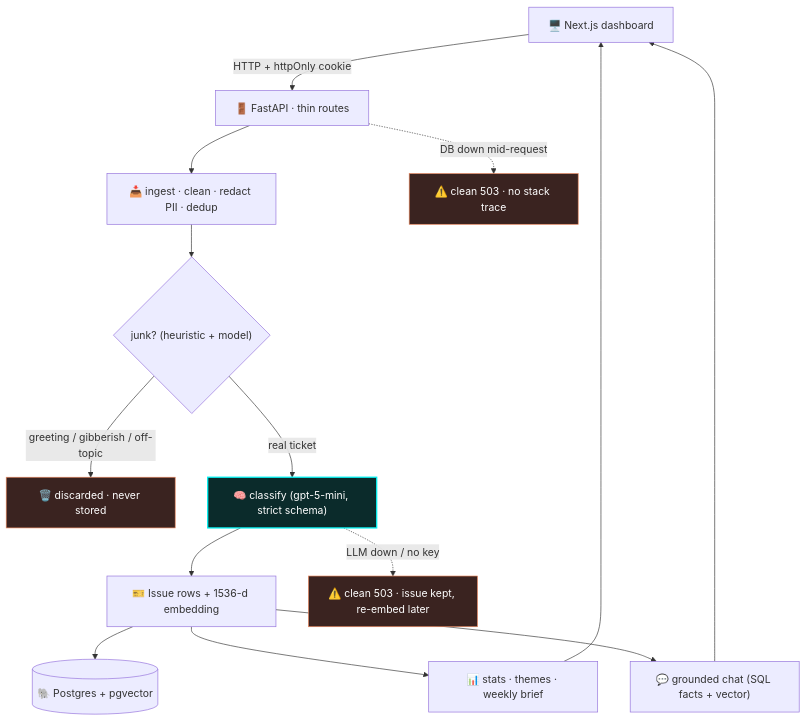
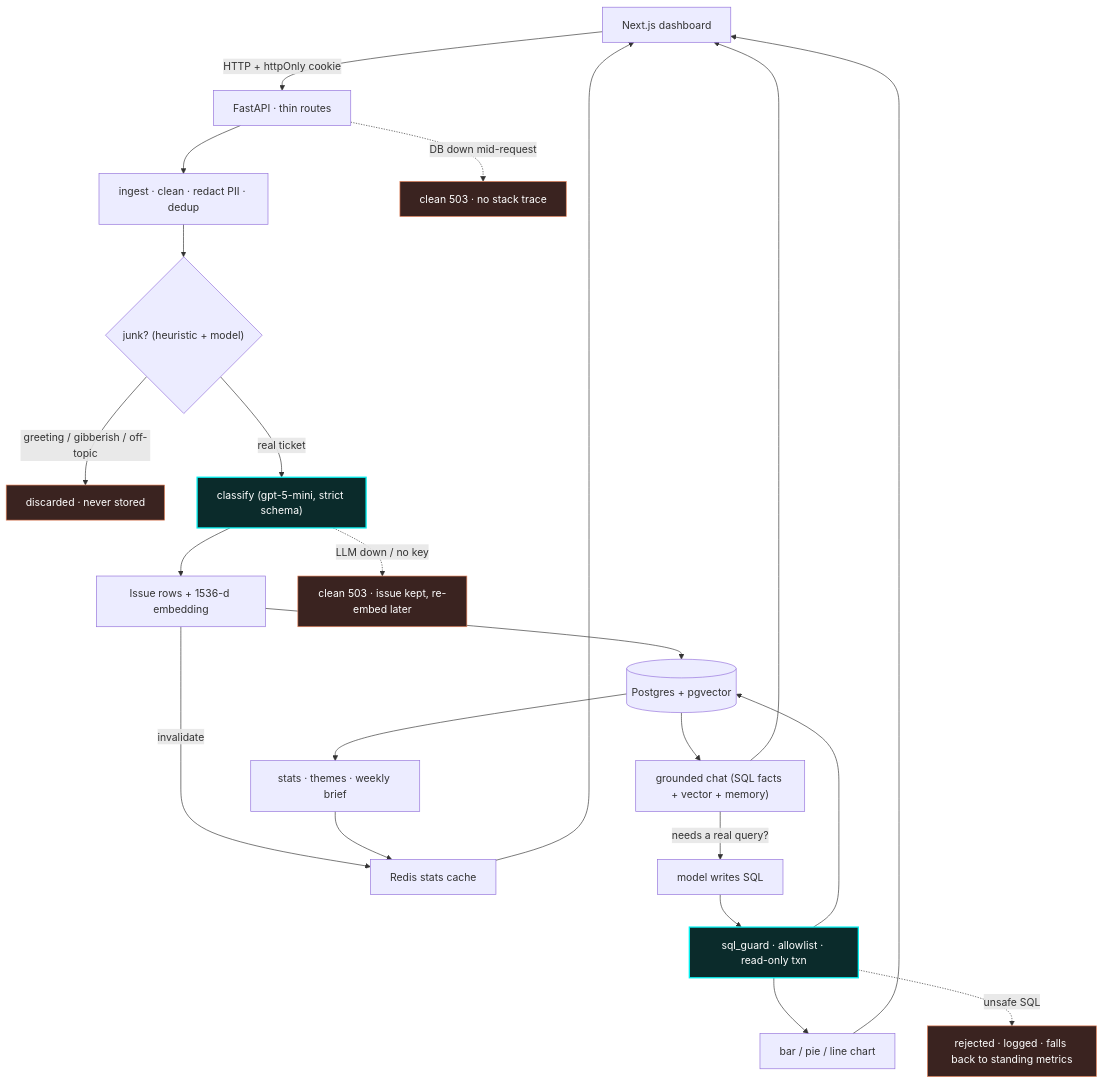
One commit to shahbhavya7/PulseAI changed the first of 3 diagrams in README.md. Above: the diagram before and after it, drawn with Mermaid. The commit also changed other lines of this file, not shown here.

````diff
--- a/README.md
+++ b/README.md
@@ -62,23 +67,30 @@
 ```mermaid
 flowchart TB
-    U["🖥️ Next.js dashboard"] -->|"HTTP + httpOnly cookie"| A["🚪 FastAPI · thin routes"]
-    A --> ING["📥 ingest · clean · redact PII · dedup"]
+    U["Next.js dashboard"] -->|"HTTP + httpOnly cookie"| A["FastAPI · thin routes"]
+    A --> ING["ingest · clean · redact PII · dedup"]
     ING --> J{"junk? (heuristic + model)"}
-    J -->|"greeting / gibberish / off-topic"| DISC["🗑️ discarded · never stored"]
-    J -->|"real ticket"| AI["🧠 classify (gpt-5-mini, strict schema)"]
-    AI --> ISS["🎫 Issue rows + 1536-d embedding"]
-    ISS --> DB[("🐘 Postgres + pgvector")]
-    ISS --> STATS["📊 stats · themes · weekly brief"]
-    ISS --> CHAT["💬 grounded chat (SQL facts + vector)"]
+    J -->|"greeting / gibberish / off-topic"| DISC["discarded · never stored"]
+    J -->|"real ticket"| AI["classify (gpt-5-mini, strict schema)"]
+    AI --> ISS["Issue rows + 1536-d embedding"]
+    ISS --> DB[("Postgres + pgvector")]
+    ISS -->|"invalidate"| SCACHE["Redis stats cache"]
+    DB --> STATS["stats · themes · weekly brief"]
+    STATS --> SCACHE
+    SCACHE --> U
+    DB --> CHAT["grounded chat (SQL facts + vector + memory)"]
+    CHAT -->|"needs a real query?"| GEN["model writes SQL"]
+    GEN --> GUARD["sql_guard · allowlist · read-only txn"]
+    GUARD --> DB
+    GUARD --> CHART["bar / pie / line chart"]
+    CHART --> U
+    CHAT --> U
 
-    AI -. "LLM down / no key" .-> D503["⚠️ clean 503 · issue kept, re-embed later"]
-    A  -. "DB down mid-request" .-> DB503["⚠️ clean 503 · no stack trace"]
-
-    STATS --> U
-    CHAT --> U
+    AI -. "LLM down / no key" .-> D503["clean 503 · issue kept, re-embed later"]
+    A  -. "DB down mid-request" .-> DB503["clean 503 · no stack trace"]
+    GUARD -. "unsafe SQL" .-> REJ["rejected · logged · falls back to standing metrics"]
 
     classDef core fill:#0b2b2b,stroke:#04f0f0,stroke-width:2px,color:#fff;
     classDef fail fill:#3a2320,stroke:#E8845B,color:#fff;
-    class AI core;
-    class DISC,D503,DB503 fail;
+    class AI,GUARD core;
+    class DISC,D503,DB503,REJ fail;
 ```
````
